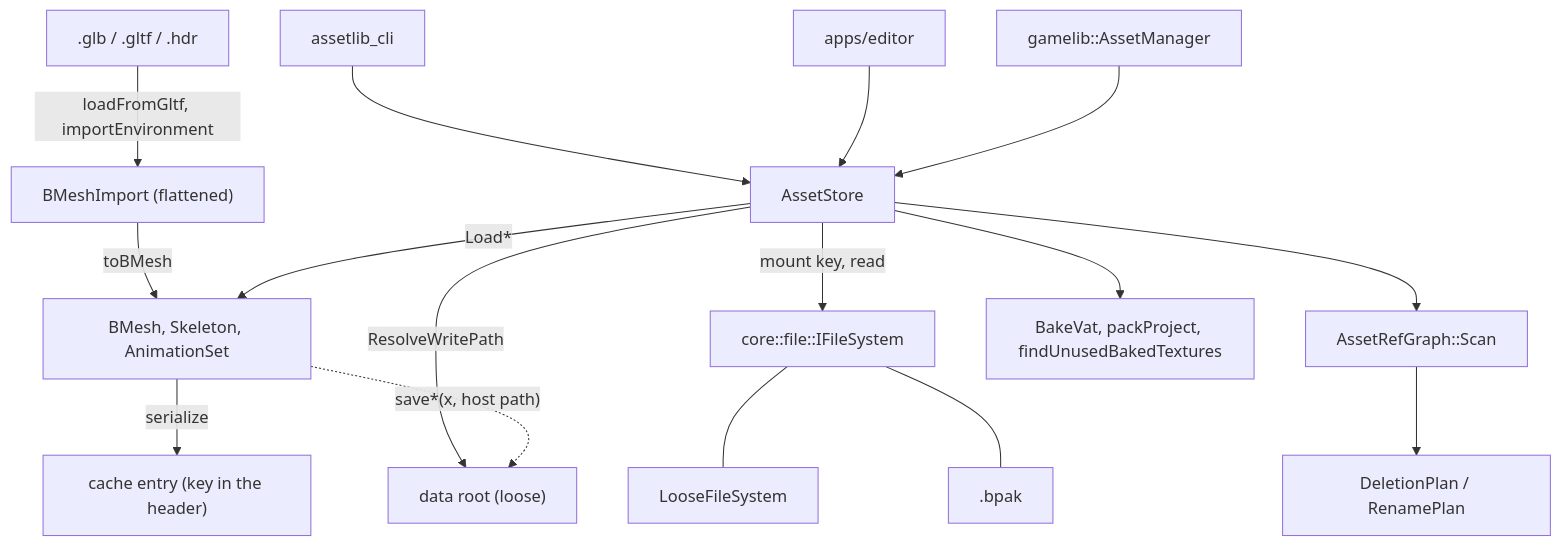
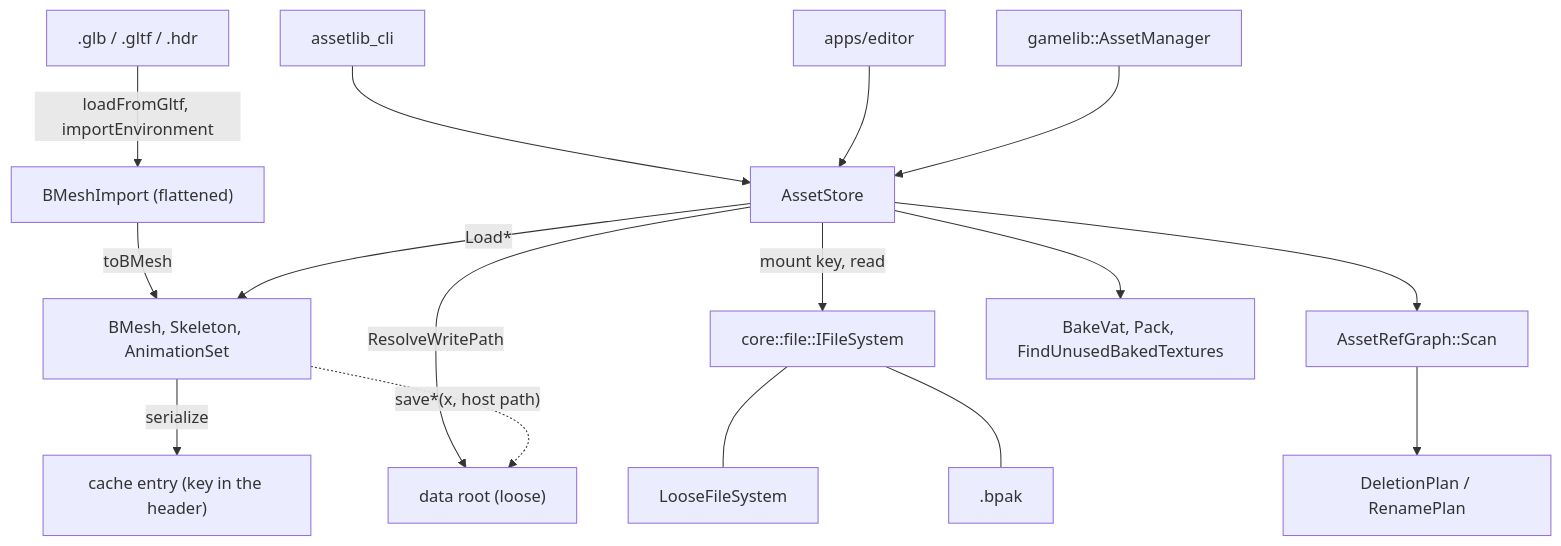
Before and after one commit to alexjiang200407/bernini: the diagram in docs/assetlib_api.md, drawn with Mermaid. The commit also changed other lines of this file and 26 other files, not shown here.

First line of the commit message:
refactor(assetlib): an operation over a project is a store method

````diff
--- a/docs/assetlib_api.md
+++ b/docs/assetlib_api.md
@@ -133,22 +133,22 @@
 ```mermaid
 flowchart TD
     GLTF[".glb / .gltf / .hdr"] -- "loadFromGltf, importEnvironment" --> IMP["BMeshImport (flattened)"]
     IMP -- "toBMesh" --> POD["BMesh, Skeleton, AnimationSet"]
     POD -- "serialize" --> C["cache entry (key in the header)"]
 
     STORE["AssetStore"] -- "mount key, read" --> FS["core::file::IFileSystem"]
     STORE -- "ResolveWritePath" --> ROOT["data root (loose)"]
     FS --- LOOSE["LooseFileSystem"]
     FS --- PAK[".bpak"]
 
     STORE -- "Load*" --> POD
     POD -. "save*(x, host path)" .-> ROOT
 
     STORE --> GRAPH["AssetRefGraph::Scan"]
     GRAPH --> PLAN["DeletionPlan / RenamePlan"]
-    STORE --> BAKE["BakeVat, packProject, findUnusedBakedTextures"]
+    STORE --> BAKE["BakeVat, Pack, FindUnusedBakedTextures"]
 
     CLI["assetlib_cli"] --> STORE
     ED["apps/editor"] --> STORE
     GL["gamelib::AssetManager"] --> STORE
 ```
````
